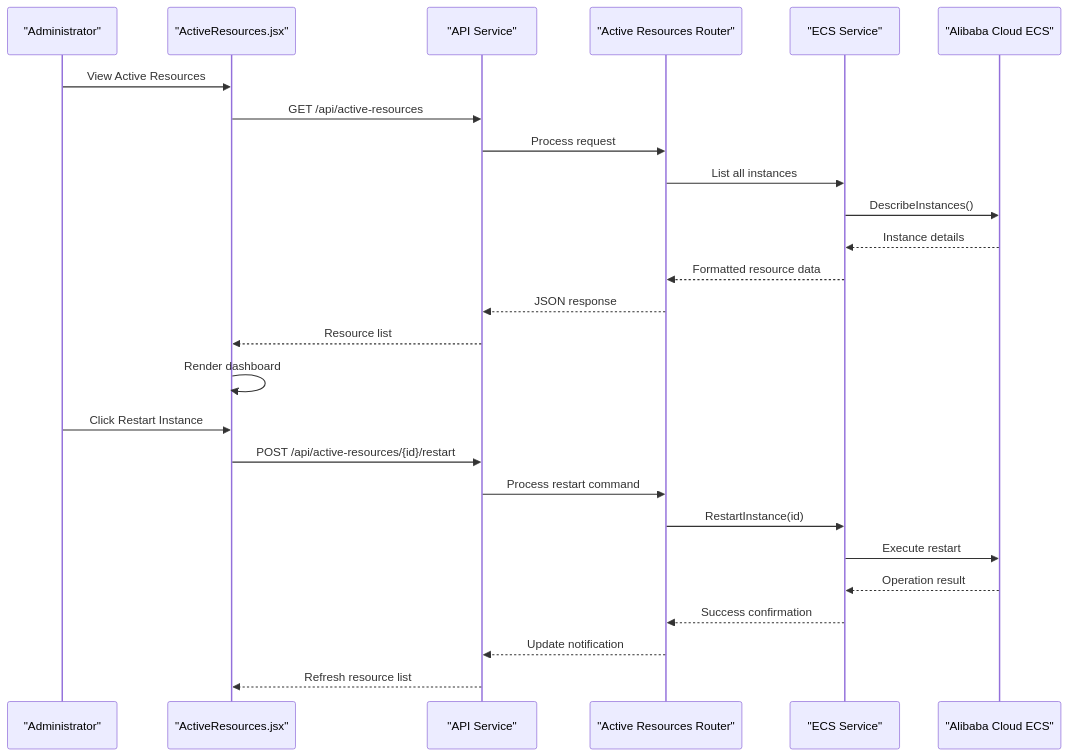
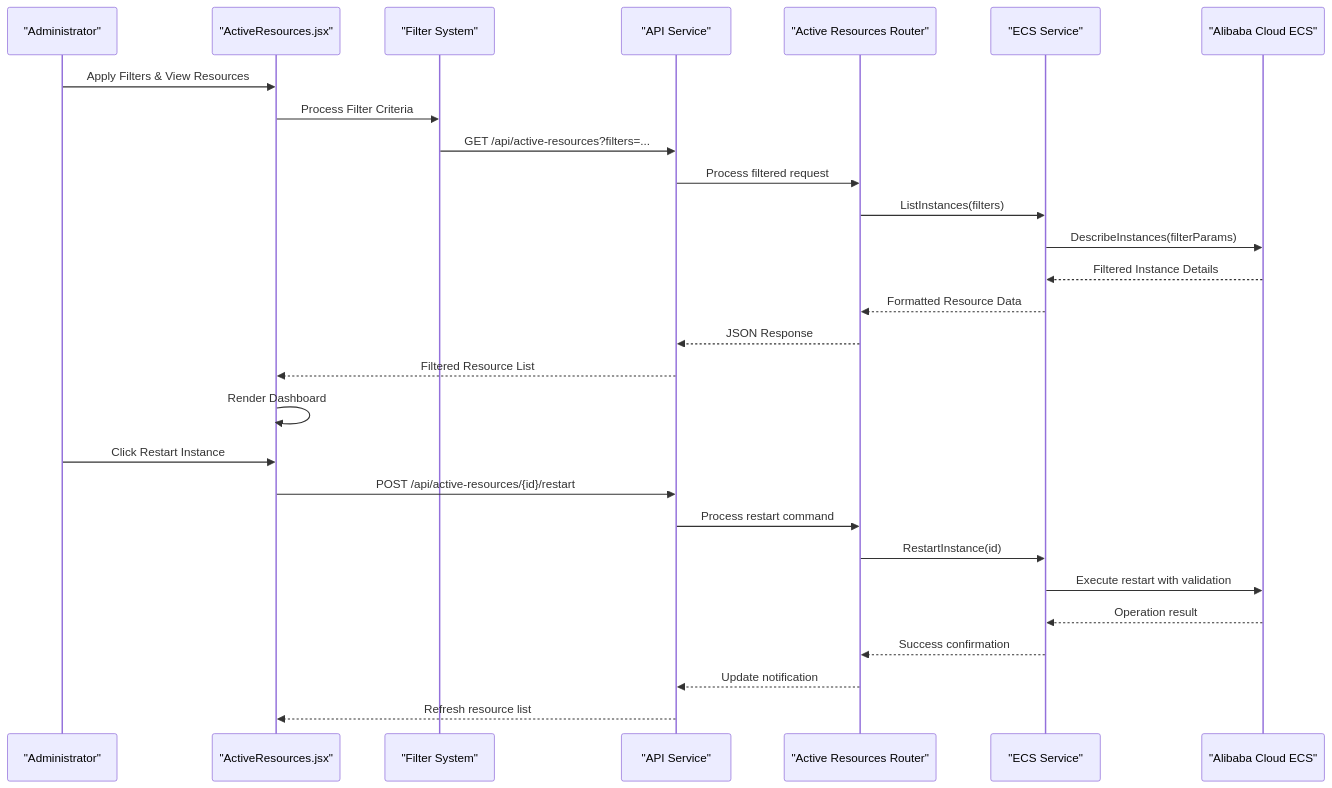
One commit to 14Lucifer/hackathon_ecs_creator changed the second of 6 diagrams in .qoder/repowiki/en/content/Frontend Development/Page Components & Routing/Active Resource Monitoring.md. Above: the diagram before and after it, drawn with Mermaid. The commit also changed other lines of this file and 120 other files, not shown here.

````diff
--- a/.qoder/repowiki/en/content/Frontend Development/Page Components & Routing/Active Resource Monitoring.md
+++ b/.qoder/repowiki/en/content/Frontend Development/Page Components & Routing/Active Resource Monitoring.md
@@ -119,28 +143,30 @@
 ```mermaid
 sequenceDiagram
 participant User as "Administrator"
 participant UI as "ActiveResources.jsx"
+participant Filter as "Filter System"
 participant API as "API Service"
 participant Router as "Active Resources Router"
 participant ECS as "ECS Service"
 participant Cloud as "Alibaba Cloud ECS"
-User->>UI : View Active Resources
-UI->>API : GET /api/active-resources
-API->>Router : Process request
-Router->>ECS : List all instances
-ECS->>Cloud : DescribeInstances()
-Cloud-->>ECS : Instance details
-ECS-->>Router : Formatted resource data
-Router-->>API : JSON response
-API-->>UI : Resource list
-UI->>UI : Render dashboard
+User->>UI : Apply Filters & View Resources
+UI->>Filter : Process Filter Criteria
+Filter->>API : GET /api/active-resources?filters=...
+API->>Router : Process filtered request
+Router->>ECS : ListInstances(filters)
+ECS->>Cloud : DescribeInstances(filterParams)
+Cloud-->>ECS : Filtered Instance Details
+ECS-->>Router : Formatted Resource Data
+Router-->>API : JSON Response
+API-->>UI : Filtered Resource List
+UI->>UI : Render Dashboard
 User->>UI : Click Restart Instance
 UI->>API : POST /api/active-resources/{id}/restart
 API->>Router : Process restart command
 Router->>ECS : RestartInstance(id)
-ECS->>Cloud : Execute restart
+ECS->>Cloud : Execute restart with validation
 Cloud-->>ECS : Operation result
 ECS-->>Router : Success confirmation
 Router-->>API : Update notification
 API-->>UI : Refresh resource list
 ```
````
